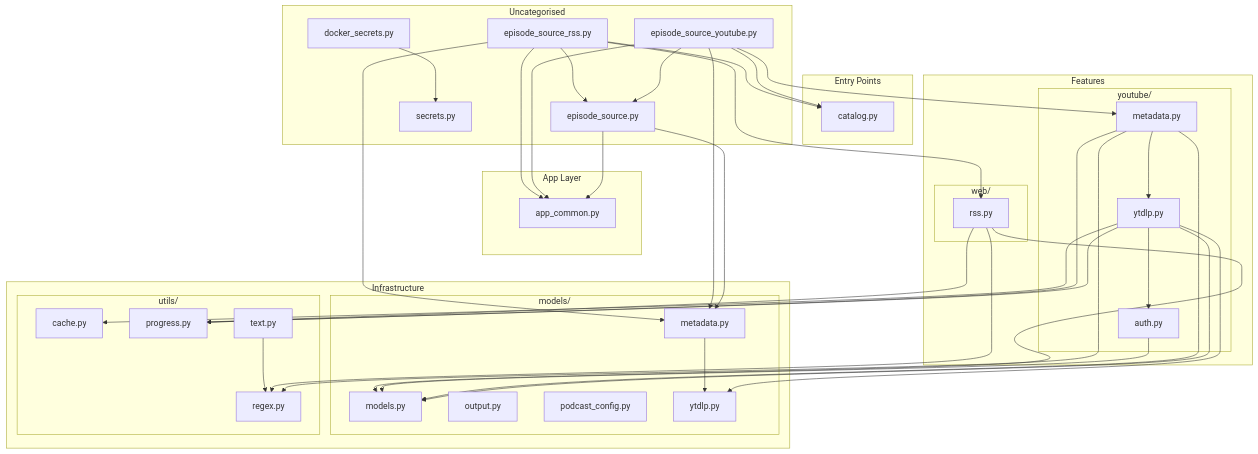
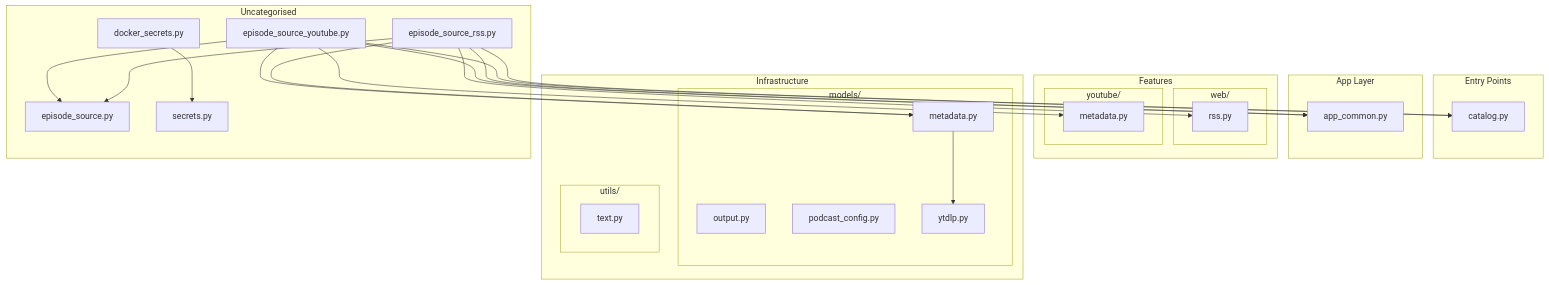
Before and after one commit to BinaryBand/adrift: the first of 2 diagrams in docs/PLAYBOOK.md, drawn with Mermaid. The commit also changed other lines of this file and 36 other files, not shown here.

````diff
--- a/docs/PLAYBOOK.md
+++ b/docs/PLAYBOOK.md
@@ -12,70 +12,48 @@
 ```mermaid
 graph TD
     subgraph sg_entry_points["Entry Points"]
         catalog["catalog.py"]
     end
     subgraph sg_app_layer["App Layer"]
         app_common["app_common.py"]
     end
     subgraph sg_features["Features"]
         subgraph sg_web["web/"]
             web_rss["rss.py"]
         end
         subgraph sg_youtube["youtube/"]
-            youtube_auth["auth.py"]
             youtube_metadata["metadata.py"]
-            youtube_ytdlp["ytdlp.py"]
         end
     end
     subgraph sg_infrastructure["Infrastructure"]
         subgraph sg_models["models/"]
-            models["models.py"]
             models_metadata["metadata.py"]
             models_output["output.py"]
             models_podcast_config["podcast_config.py"]
             models_ytdlp["ytdlp.py"]
         end
         subgraph sg_utils["utils/"]
-            utils_cache["cache.py"]
-            utils_progress["progress.py"]
-            utils_regex["regex.py"]
             utils_text["text.py"]
         end
     end
     subgraph sg_uncategorised["Uncategorised"]
         adapters_docker_secrets["docker_secrets.py"]
         adapters_episode_source_rss["episode_source_rss.py"]
         adapters_episode_source_youtube["episode_source_youtube.py"]
         ports_episode_source["episode_source.py"]
         ports_secrets["secrets.py"]
     end
 
     adapters_docker_secrets --> ports_secrets
     adapters_episode_source_rss --> app_common
     adapters_episode_source_rss --> catalog
     adapters_episode_source_rss --> models_metadata
     adapters_episode_source_rss --> ports_episode_source
     adapters_episode_source_rss --> web_rss
     adapters_episode_source_youtube --> app_common
     adapters_episode_source_youtube --> catalog
     adapters_episode_source_youtube --> models_metadata
     adapters_episode_source_youtube --> ports_episode_source
     adapters_episode_source_youtube --> youtube_metadata
     models_metadata --> models_ytdlp
-    ports_episode_source --> app_common
-    ports_episode_source --> models_metadata
-    utils_text --> utils_regex
-    web_rss --> models
-    web_rss --> utils_progress
-    web_rss --> utils_regex
-    youtube_auth --> models
-    youtube_metadata --> models
-    youtube_metadata --> utils_progress
-    youtube_metadata --> utils_regex
-    youtube_metadata --> youtube_ytdlp
-    youtube_ytdlp --> models
-    youtube_ytdlp --> models_ytdlp
-    youtube_ytdlp --> utils_cache
-    youtube_ytdlp --> utils_progress
-    youtube_ytdlp --> youtube_auth
 ```
````
